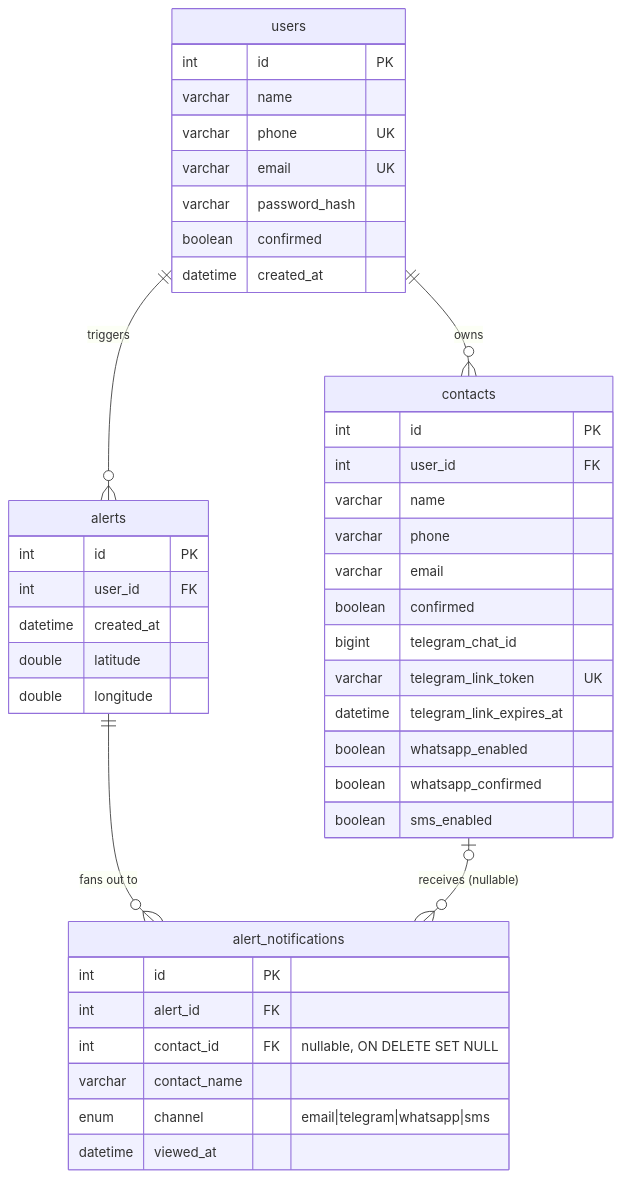
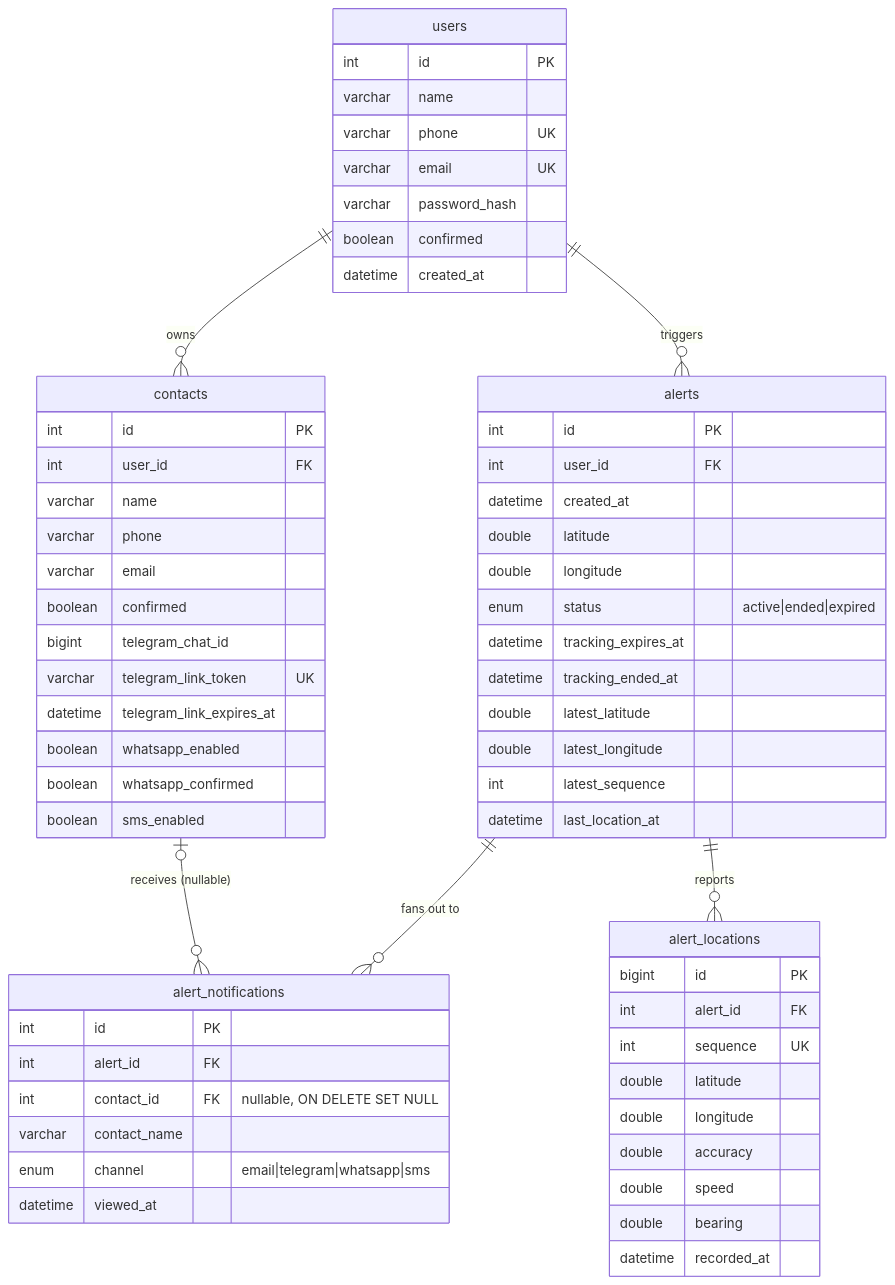
Before and after one commit to skellent/iOS-compiler: the diagram in docs/backend/database.md, drawn with Mermaid. The commit also changed other lines of this file and 64 other files, not shown here.

````diff
--- a/docs/backend/database.md
+++ b/docs/backend/database.md
@@ -7,46 +7,65 @@
 ```mermaid
 erDiagram
     users ||--o{ contacts : owns
     users ||--o{ alerts : triggers
     alerts ||--o{ alert_notifications : "fans out to"
+    alerts ||--o{ alert_locations : "reports"
     contacts |o--o{ alert_notifications : "receives (nullable)"
 
     users {
         int id PK
         varchar name
         varchar phone UK
         varchar email UK
         varchar password_hash
         boolean confirmed
         datetime created_at
     }
     contacts {
         int id PK
         int user_id FK
         varchar name
         varchar phone
         varchar email
         boolean confirmed
         bigint telegram_chat_id
         varchar telegram_link_token UK
         datetime telegram_link_expires_at
         boolean whatsapp_enabled
         boolean whatsapp_confirmed
         boolean sms_enabled
     }
     alerts {
         int id PK
         int user_id FK
         datetime created_at
         double latitude
         double longitude
+        enum status "active|ended|expired"
+        datetime tracking_expires_at
+        datetime tracking_ended_at
+        double latest_latitude
+        double latest_longitude
+        int latest_sequence
+        datetime last_location_at
+    }
+    alert_locations {
+        bigint id PK
+        int alert_id FK
+        int sequence UK
+        double latitude
+        double longitude
+        double accuracy
+        double speed
+        double bearing
+        datetime recorded_at
     }
     alert_notifications {
         int id PK
         int alert_id FK
         int contact_id FK "nullable, ON DELETE SET NULL"
         varchar contact_name
         enum channel "email|telegram|whatsapp|sms"
         datetime viewed_at
     }
 ```
````
